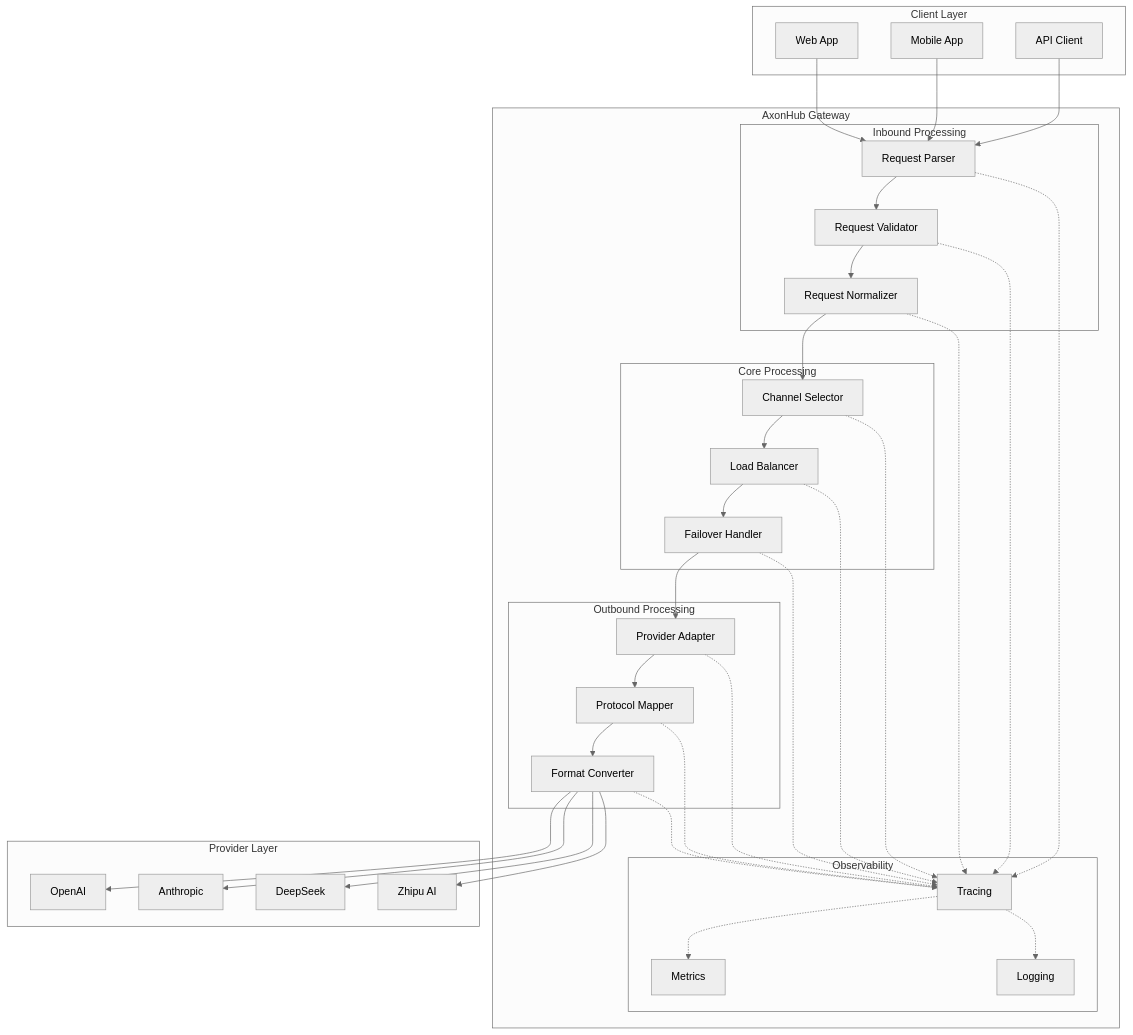
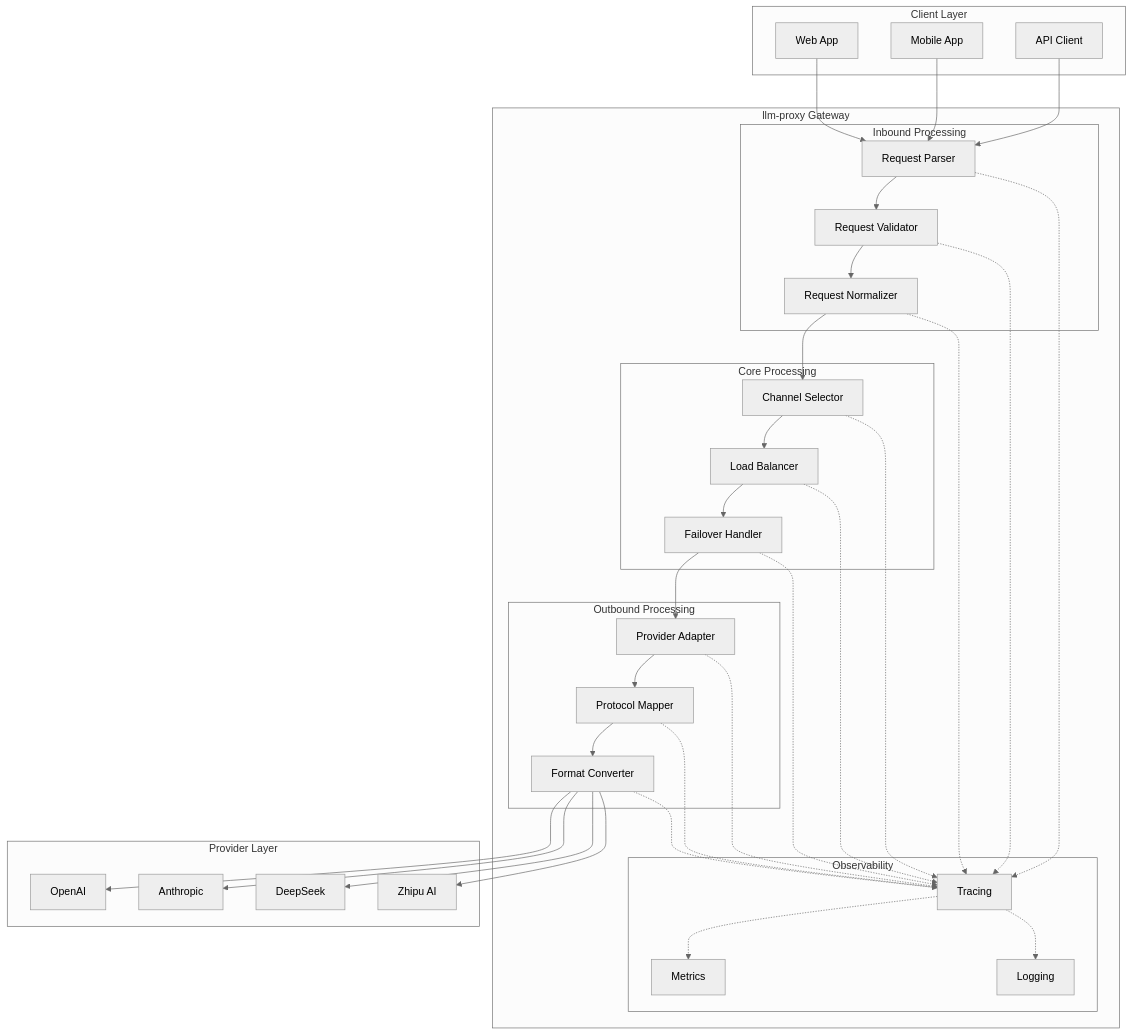
The diagram in docs/en/development/transformation-flow.md (mutallipp/llm-proxy), drawn with Mermaid (neutral theme) before and after one commit. The commit also changed other lines of this file and 274 other files, not shown here.

First line of the commit message:
chore: 硬切换 axonhub → llm-proxy 品牌命名

````diff
--- a/docs/en/development/transformation-flow.md
+++ b/docs/en/development/transformation-flow.md
@@ -9,73 +9,73 @@
 ```mermaid
 graph TB
     subgraph "Client Layer"
         A[Web App]
         B[Mobile App]
         C[API Client]
     end
 
-    subgraph "AxonHub Gateway"
+    subgraph "llm-proxy Gateway"
         subgraph "Inbound Processing"
             D[Request Parser]
             E[Request Validator]
             F[Request Normalizer]
         end
 
         subgraph "Core Processing"
             G[Channel Selector]
             H[Load Balancer]
             I[Failover Handler]
         end
 
         subgraph "Outbound Processing"
             J[Provider Adapter]
             K[Protocol Mapper]
             L[Format Converter]
         end
 
         subgraph "Observability"
             M[Tracing]
             N[Metrics]
             O[Logging]
         end
     end
 
     subgraph "Provider Layer"
         P[OpenAI]
         Q[Anthropic]
         R[DeepSeek]
         S[Zhipu AI]
     end
 
     A --> D
     B --> D
     C --> D
 
     D --> E
     E --> F
     F --> G
 
     G --> H
     H --> I
     I --> J
 
     J --> K
     K --> L
     L --> P
     L --> Q
     L --> R
     L --> S
 
     D -.-> M
     E -.-> M
     F -.-> M
     G -.-> M
     H -.-> M
     I -.-> M
     J -.-> M
     K -.-> M
     L -.-> M
 
     M -.-> N
     M -.-> O
 ```
````
